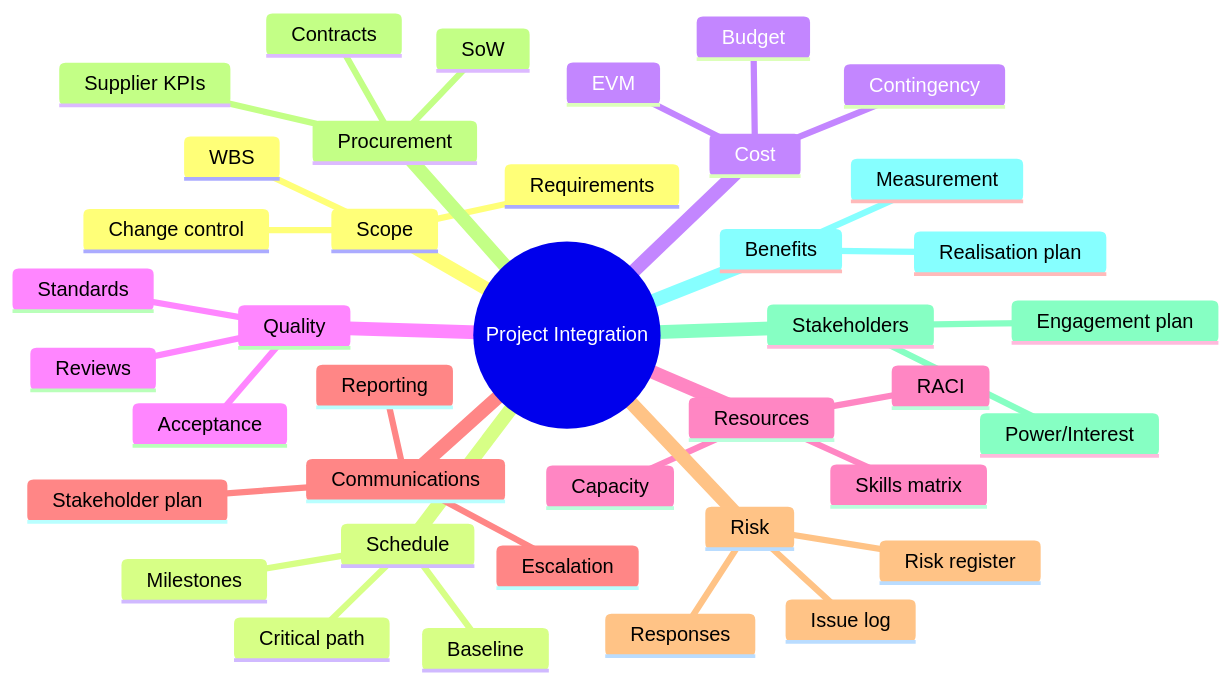
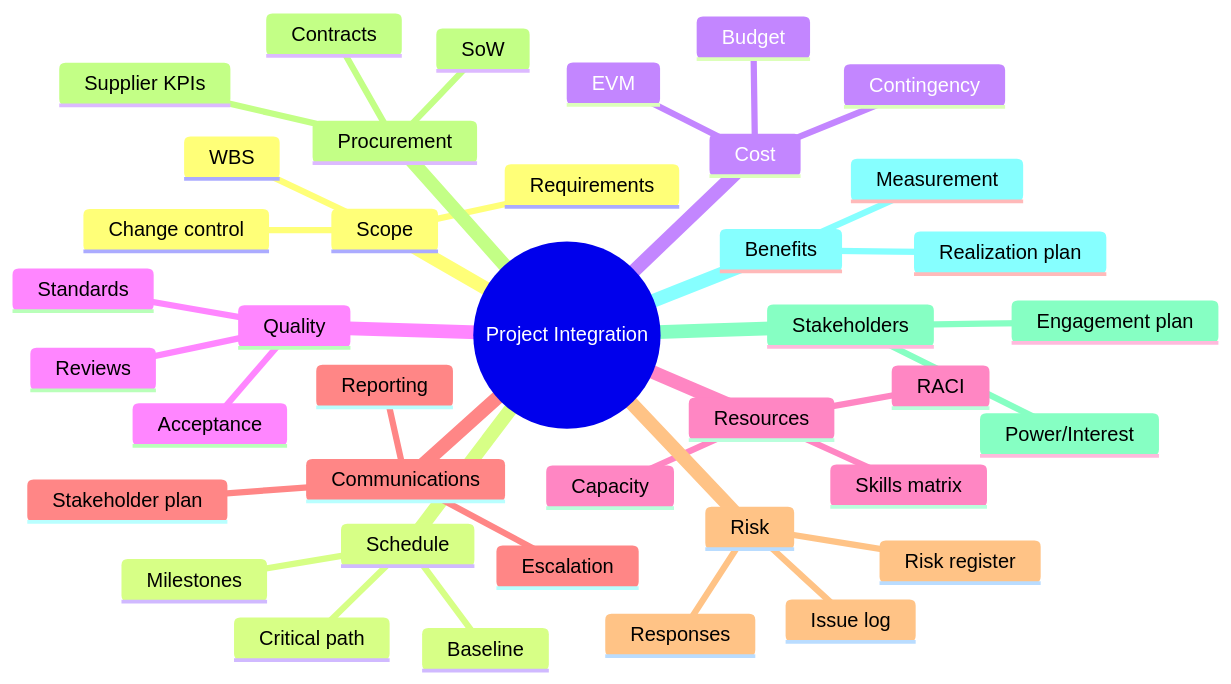
One commit to UncleJS/course_projectManagement changed the first of 2 diagrams in modules/15a-integration-hybrid-agile.md. Above: the diagram before and after it, drawn with Mermaid. The commit also changed other lines of this file and 63 other files, not shown here.

````diff
--- a/modules/15a-integration-hybrid-agile.md
+++ b/modules/15a-integration-hybrid-agile.md
@@ -83,42 +83,42 @@
 ```mermaid
 mindmap
   root((Project Integration))
     Scope
       WBS
       Requirements
       Change control
     Schedule
       Milestones
       Critical path
       Baseline
     Cost
       Budget
       EVM
       Contingency
     Quality
       Standards
       Reviews
       Acceptance
     Resources
       RACI
       Skills matrix
       Capacity
     Communications
       Stakeholder plan
       Reporting
       Escalation
     Risk
       Risk register
       Responses
       Issue log
     Procurement
       SoW
       Contracts
       Supplier KPIs
     Stakeholders
       Engagement plan
       Power/Interest
     Benefits
-      Realisation plan
+      Realization plan
       Measurement
 ```
````
